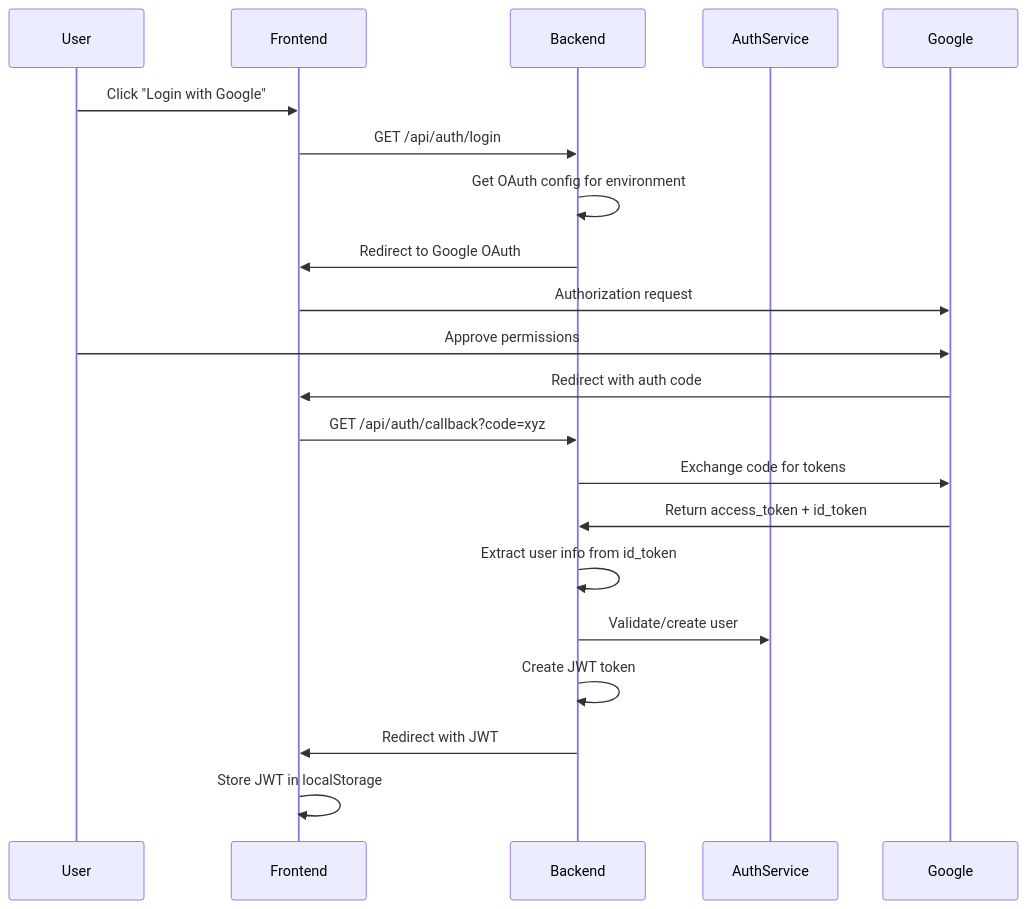
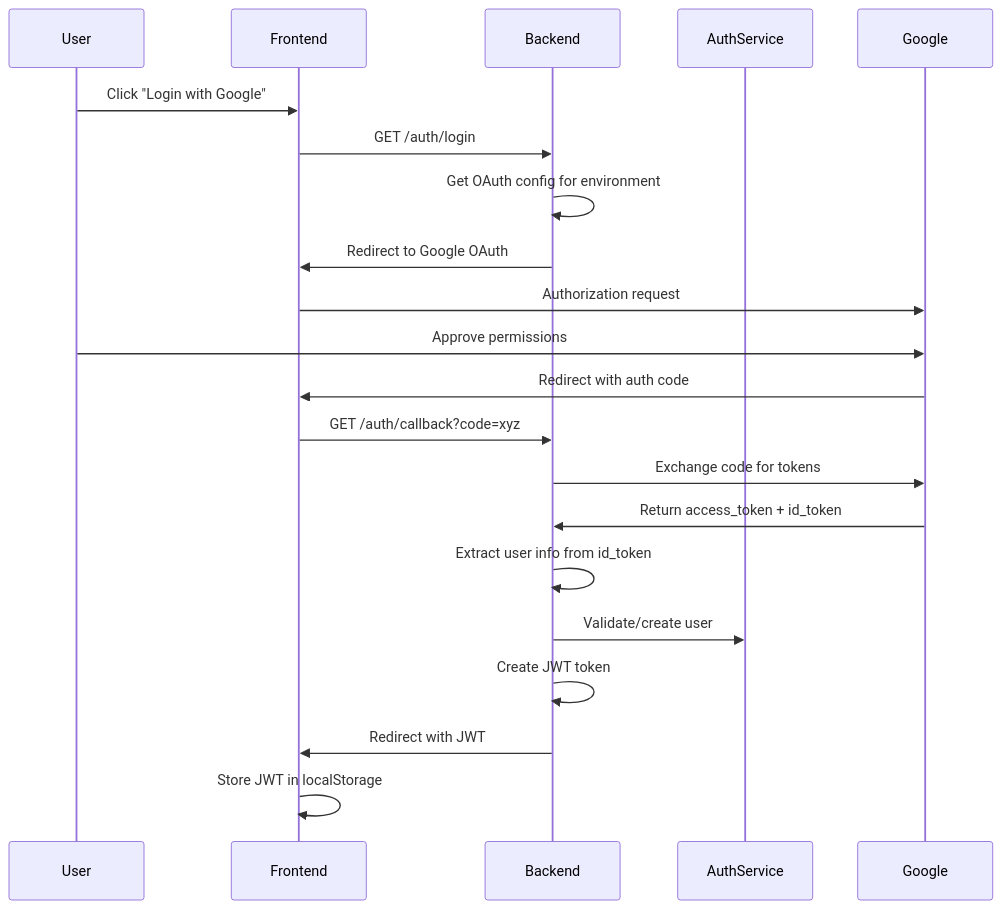
Before and after one commit to netra-systems/zen: the diagram in docs/auth/OAUTH_SERVICE_DOCUMENTATION.md, drawn with Mermaid. The commit also changed other lines of this file and 310 other files, not shown here.

````diff
--- a/docs/auth/OAUTH_SERVICE_DOCUMENTATION.md
+++ b/docs/auth/OAUTH_SERVICE_DOCUMENTATION.md
@@ -129,24 +129,24 @@
 ```mermaid
 sequenceDiagram
     participant User
     participant Frontend
     participant Backend
     participant AuthService
     participant Google
     
     User->>Frontend: Click "Login with Google"
-    Frontend->>Backend: GET /api/auth/login
+    Frontend->>Backend: GET /auth/login
     Backend->>Backend: Get OAuth config for environment
     Backend->>Frontend: Redirect to Google OAuth
     Frontend->>Google: Authorization request
     User->>Google: Approve permissions
     Google->>Frontend: Redirect with auth code
-    Frontend->>Backend: GET /api/auth/callback?code=xyz
+    Frontend->>Backend: GET /auth/callback?code=xyz
     Backend->>Google: Exchange code for tokens
     Google->>Backend: Return access_token + id_token
     Backend->>Backend: Extract user info from id_token
     Backend->>AuthService: Validate/create user
     Backend->>Backend: Create JWT token
     Backend->>Frontend: Redirect with JWT
     Frontend->>Frontend: Store JWT in localStorage
 ```
````
